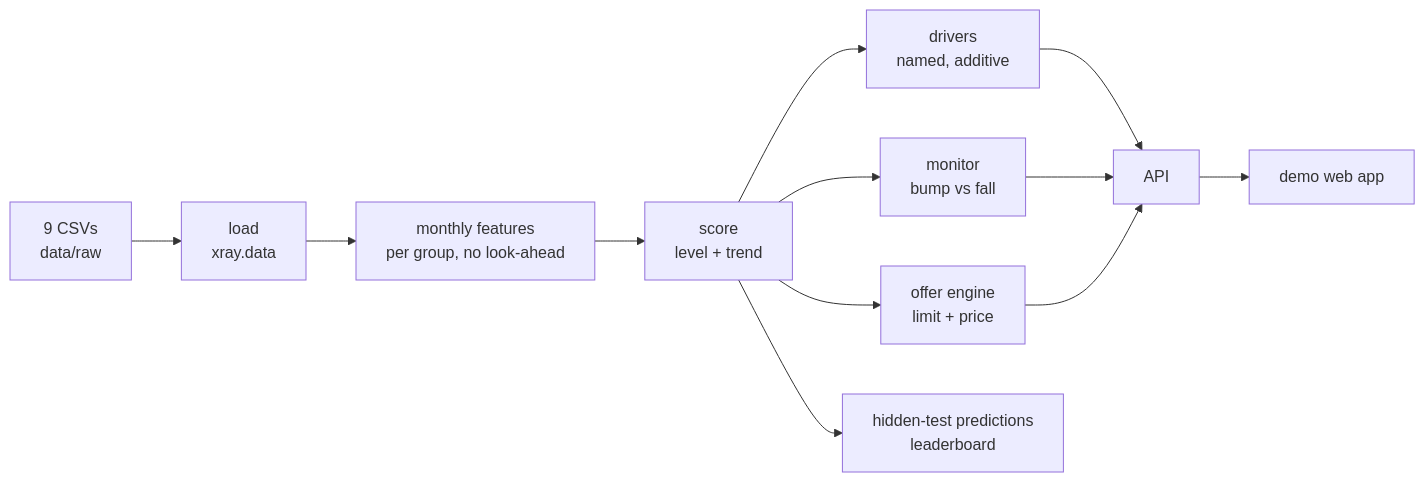
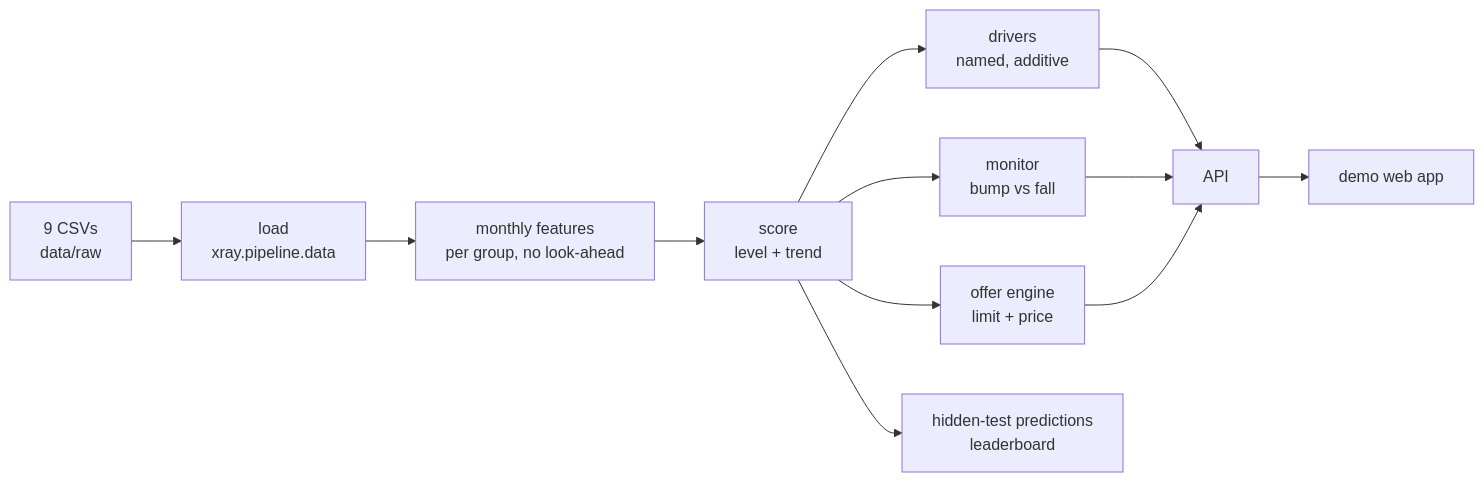
The diagram in README.md (felipemagr/hackspain), drawn with Mermaid before and after one commit. The commit also changed other lines of this file and 24 other files, not shown here.

````diff
--- a/README.md
+++ b/README.md
@@ -64,14 +64,14 @@
 ```mermaid
 flowchart LR
-    A[9 CSVs<br/>data/raw] --> B[load<br/>xray.data]
+    A[9 CSVs<br/>data/raw] --> B[load<br/>xray.pipeline.data]
     B --> C[monthly features<br/>per group, no look-ahead]
     C --> D[score<br/>level + trend]
     D --> E[drivers<br/>named, additive]
     D --> F[monitor<br/>bump vs fall]
     D --> G[offer engine<br/>limit + price]
     E --> H[API]
     F --> H
     G --> H
     H --> I[demo web app]
     D --> J[hidden-test predictions<br/>leaderboard]
 ```
````
